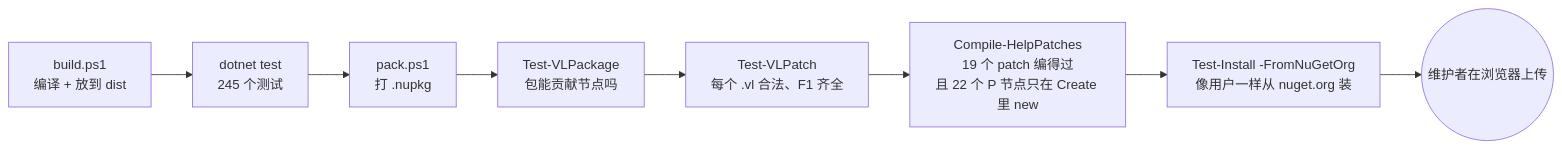
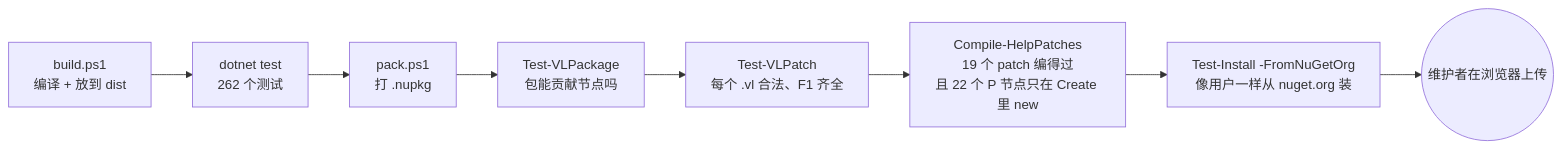
Before and after one commit to rednotfound/VL.Mapsui: the third of 3 diagrams in docs/READING-GUIDE.zh.md, drawn with Mermaid. The commit also changed other lines of this file and 23 other files, not shown here.

````diff
--- a/docs/READING-GUIDE.zh.md
+++ b/docs/READING-GUIDE.zh.md
@@ -346,10 +346,10 @@
 ```mermaid
 flowchart LR
-  A["build.ps1<br/>编译 + 放到 dist"] --> B["dotnet test<br/>245 个测试"]
+  A["build.ps1<br/>编译 + 放到 dist"] --> B["dotnet test<br/>262 个测试"]
   B --> C["pack.ps1<br/>打 .nupkg"]
   C --> D["Test-VLPackage<br/>包能贡献节点吗"]
   D --> E["Test-VLPatch<br/>每个 .vl 合法、F1 齐全"]
   E --> F["Compile-HelpPatches<br/>19 个 patch 编得过<br/>且 22 个 P 节点只在 Create 里 new"]
   F --> G["Test-Install -FromNuGetOrg<br/>像用户一样从 nuget.org 装"]
   G --> H(("维护者在浏览器上传"))
 ```
````
